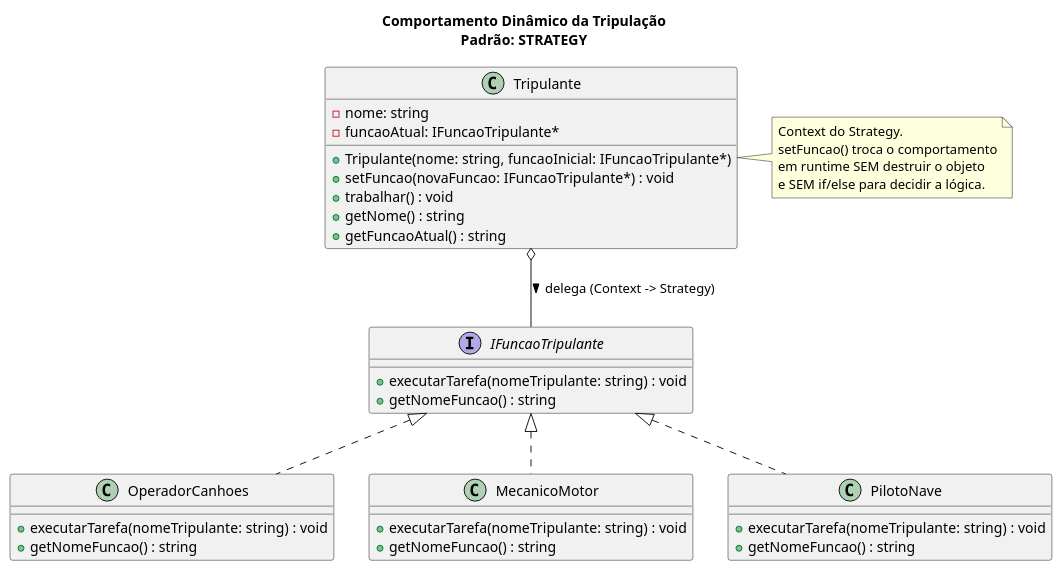
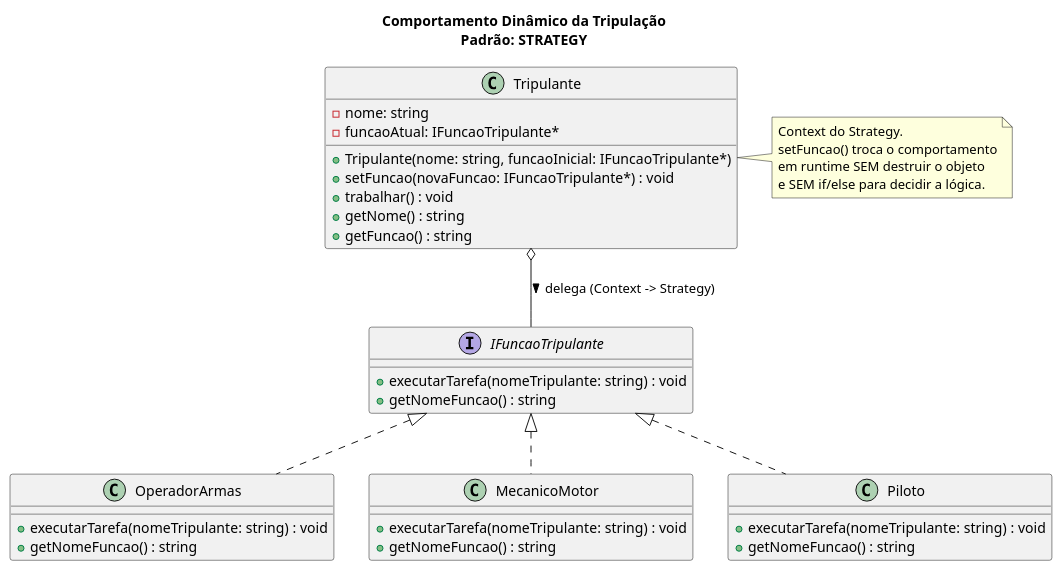
The diagram in diagramas/diagrama2.puml (sfDavi/desafio-labtime-2026), drawn with PlantUML before and after one commit. The commit also changed 9 other files, not shown here.

```diff
--- a/diagramas/diagrama2.puml
+++ b/diagramas/diagrama2.puml
@@ -1,47 +1,47 @@
 @startuml
 title Comportamento Dinâmico da Tripulação\nPadrão: STRATEGY
 
 interface IFuncaoTripulante {
     +executarTarefa(nomeTripulante: string) : void
     +getNomeFuncao() : string
 }
 
-class OperadorCanhoes {
+class OperadorArmas {
     +executarTarefa(nomeTripulante: string) : void
     +getNomeFuncao() : string
 }
 
 class MecanicoMotor {
     +executarTarefa(nomeTripulante: string) : void
     +getNomeFuncao() : string
 }
 
-class PilotoNave {
+class Piloto {
     +executarTarefa(nomeTripulante: string) : void
     +getNomeFuncao() : string
 }
 
 class Tripulante {
     -nome: string
     -funcaoAtual: IFuncaoTripulante*
     +Tripulante(nome: string, funcaoInicial: IFuncaoTripulante*)
     +setFuncao(novaFuncao: IFuncaoTripulante*) : void
     +trabalhar() : void
     +getNome() : string
-    +getFuncaoAtual() : string
+    +getFuncao() : string
 }
 
-IFuncaoTripulante <|.. OperadorCanhoes
+IFuncaoTripulante <|.. OperadorArmas
 IFuncaoTripulante <|.. MecanicoMotor
-IFuncaoTripulante <|.. PilotoNave
+IFuncaoTripulante <|.. Piloto
 
 Tripulante o-- IFuncaoTripulante : delega (Context -> Strategy) >
 
 note right of Tripulante
   Context do Strategy.
   setFuncao() troca o comportamento
   em runtime SEM destruir o objeto
   e SEM if/else para decidir a lógica.
 end note
 
 @enduml
```
